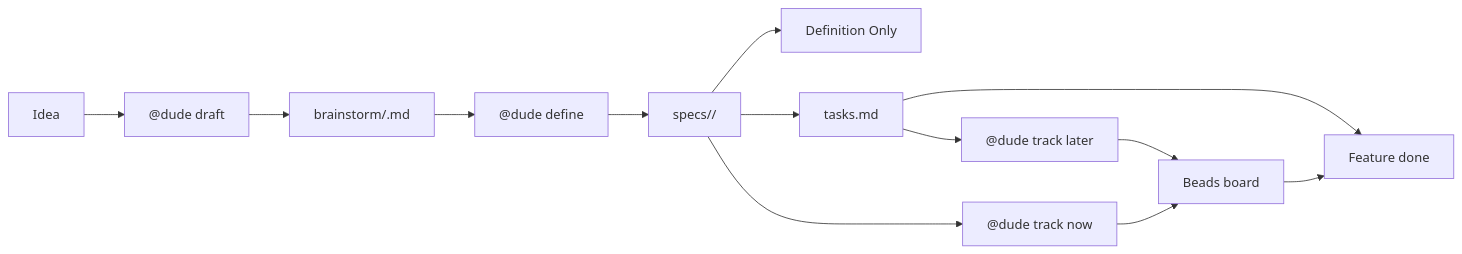
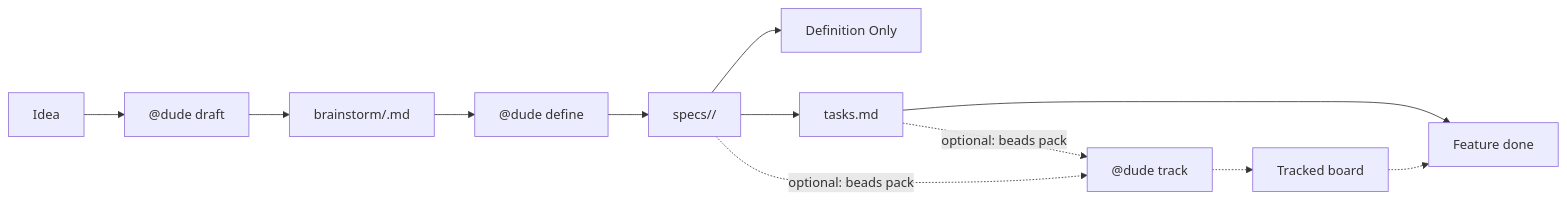
One commit to E-G-C/dude changed the diagram in docs/workflow.md. Above: the diagram before and after it, drawn with Mermaid. The commit also changed other lines of this file and 7 other files, not shown here.

````diff
--- a/docs/workflow.md
+++ b/docs/workflow.md
@@ -17,15 +17,14 @@
 ```mermaid
 graph LR
     IDEA["Idea"] --> DRAFT["@dude draft"]
     DRAFT --> BRAIN["brainstorm/<feature>.md"]
     BRAIN --> DEFINE["@dude define"]
     DEFINE --> PACKAGE["specs/<feature>/"]
     PACKAGE --> STOP["Definition Only"]
     PACKAGE --> TASKS["tasks.md"]
     TASKS --> DONE["Feature done"]
-    PACKAGE --> TRACK_NOW["@dude track now"]
-    TASKS --> TRACK_LATER["@dude track later"]
-    TRACK_NOW --> BEADS["Beads board"]
-    TRACK_LATER --> BEADS
-    BEADS --> DONE
+    PACKAGE -.->|optional: beads pack| TRACK["@dude track"]
+    TASKS -.->|optional: beads pack| TRACK
+    TRACK -.-> BOARD["Tracked board"]
+    BOARD -.-> DONE
 ```
````
